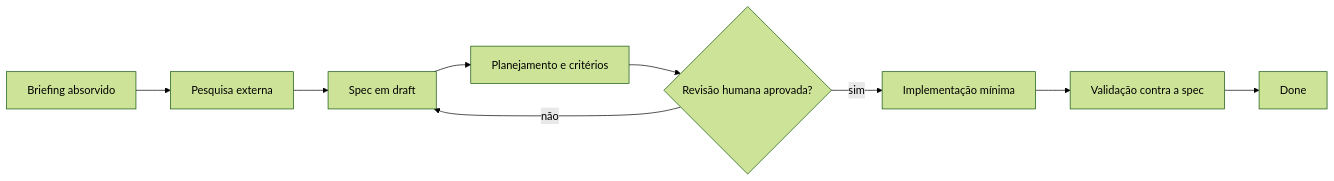
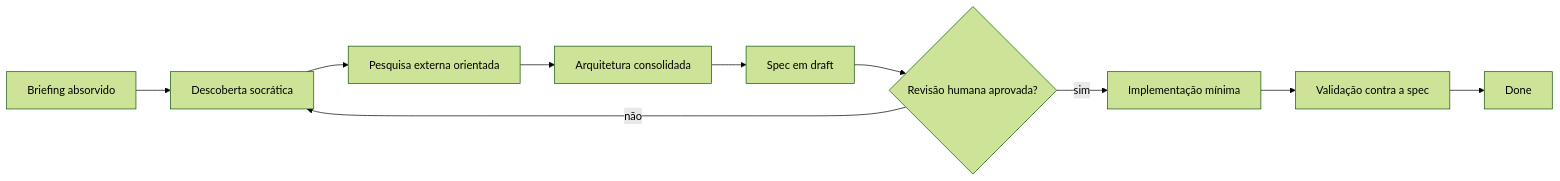
The second of 2 diagrams in submissions/luis-roquette/process-log/000-pre-inicio.md (luisroquette/ai-master-challenge), drawn with Mermaid (forest theme) before and after one commit. The commit also changed other lines of this file, not shown here.

Commit message:
docs: add adaptive socratic discovery before spec

````diff
--- a/submissions/luis-roquette/process-log/000-pre-inicio.md
+++ b/submissions/luis-roquette/process-log/000-pre-inicio.md
@@ -151,11 +151,12 @@
 ```mermaid
 flowchart LR
-    A[Briefing absorvido] --> B[Pesquisa externa]
-    B --> C[Spec em draft]
-    C --> D[Planejamento e critérios]
-    D --> E{Revisão humana aprovada?}
-    E -- não --> C
-    E -- sim --> F[Implementação mínima]
-    F --> G[Validação contra a spec]
-    G --> H[Done]
+    A[Briefing absorvido] --> B[Descoberta socrática]
+    B --> C[Pesquisa externa orientada]
+    C --> D[Arquitetura consolidada]
+    D --> E[Spec em draft]
+    E --> F{Revisão humana aprovada?}
+    F -- não --> B
+    F -- sim --> G[Implementação mínima]
+    G --> H[Validação contra a spec]
+    H --> I[Done]
 ```
````
